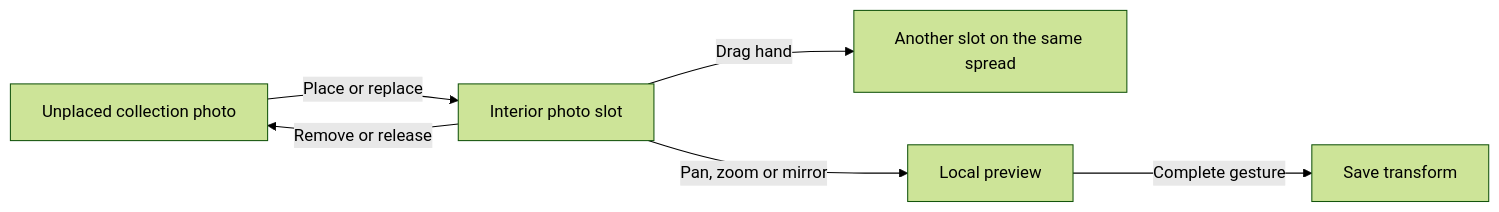
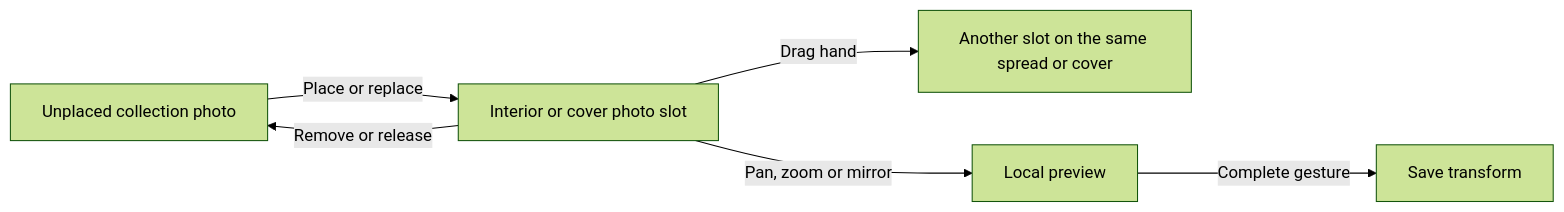
One commit to Shepherd-s-Den/photography changed the first of 2 diagrams in specs/changes/photo-placement/proposal.md. Above: the diagram before and after it, drawn with Mermaid (forest theme). The commit also changed other lines of this file, not shown here.

First line of the commit message:
Include cover placement in the photo placement spec

````diff
--- a/specs/changes/photo-placement/proposal.md
+++ b/specs/changes/photo-placement/proposal.md
@@ -18,8 +19,8 @@
 ```mermaid
 flowchart LR
-  Selection["Unplaced collection photo"] -->|Place or replace| Slot["Interior photo slot"]
+  Selection["Unplaced collection photo"] -->|Place or replace| Slot["Interior or cover photo slot"]
   Slot -->|Remove or release| Selection
-  Slot -->|Drag hand| Destination["Another slot on the same spread"]
+  Slot -->|Drag hand| Destination["Another slot on the same spread or cover"]
   Slot -->|Pan, zoom or mirror| Preview["Local preview"]
   Preview -->|Complete gesture| Save["Save transform"]
 ```
````
